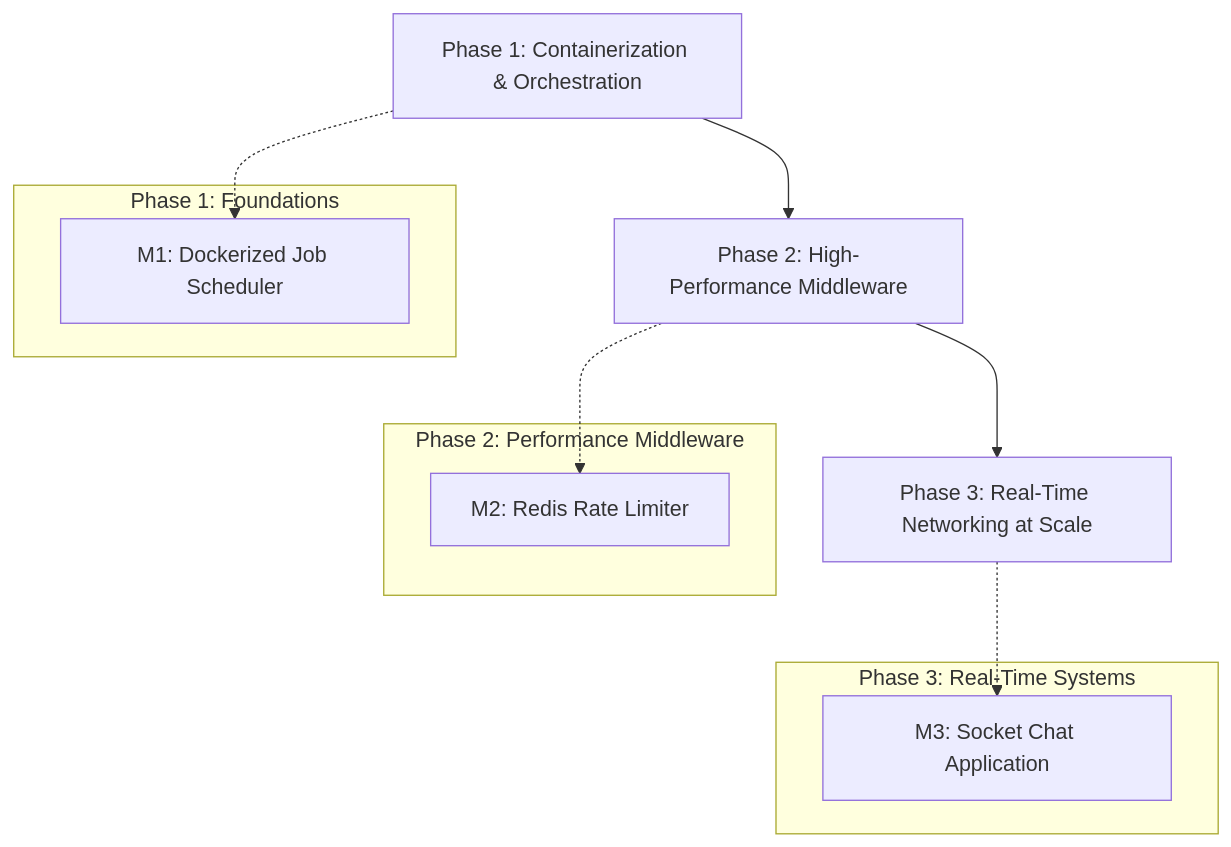
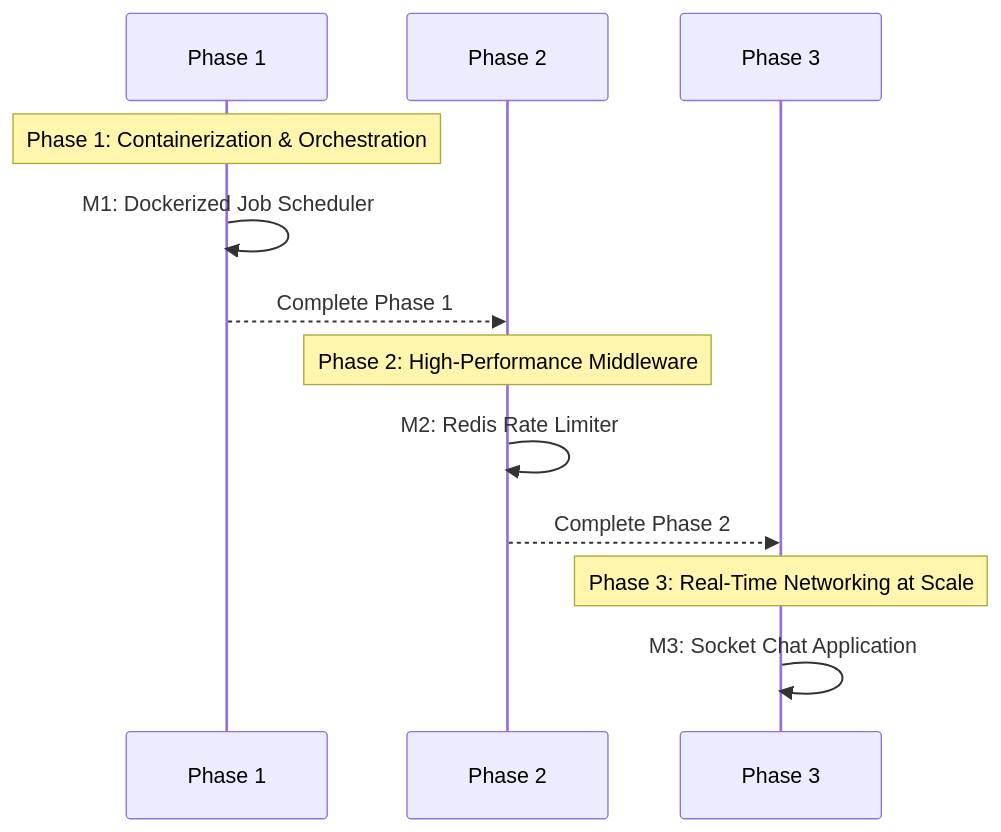
One commit to Ankur-glitchtracer/docs changed the diagram in infrastructure_challenges/ROADMAP.md. Above: the diagram before and after it, drawn with Mermaid. The commit also changed 8 other files, not shown here.

First line of the commit message:
docs: modernize mermaid initialization and enhance roadmap visualizations

````diff
--- a/infrastructure_challenges/ROADMAP.md
+++ b/infrastructure_challenges/ROADMAP.md
@@ -10,21 +10,25 @@
 ```mermaid
-graph TD
-    A["Phase 1: Containerization & Orchestration"] --> B["Phase 2: High-Performance Middleware"]
-    B --> C["Phase 3: Real-Time Networking at Scale"]
+sequenceDiagram
+    %% Participants represent each phase
+    participant P1 as Phase 1
+    participant P2 as Phase 2
+    participant P3 as Phase 3
 
-    subgraph "Phase 1: Foundations"
-        A1["M1: Dockerized Job Scheduler"]
-    end
+    %% Phase 1 activities
+    Note over P1: Phase 1: Containerization & Orchestration
+    P1->>P1: M1: Dockerized Job Scheduler
 
-    subgraph "Phase 2: Performance Middleware"
-        B1["M2: Redis Rate Limiter"]
-    end
+    %% Move to Phase 2
+    P1-->>P2: Complete Phase 1
 
-    subgraph "Phase 3: Real-Time Systems"
-        C1["M3: Socket Chat Application"]
-    end
+    %% Phase 2 activities
+    Note over P2: Phase 2: High‑Performance Middleware
+    P2->>P2: M2: Redis Rate Limiter
 
-    A -.-> A1
-    B -.-> B1
-    C -.-> C1
+    %% Move to Phase 3
+    P2-->>P3: Complete Phase 2
+
+    %% Phase 3 activities
+    Note over P3: Phase 3: Real‑Time Networking at Scale
+    P3->>P3: M3: Socket Chat Application
 ```
````
